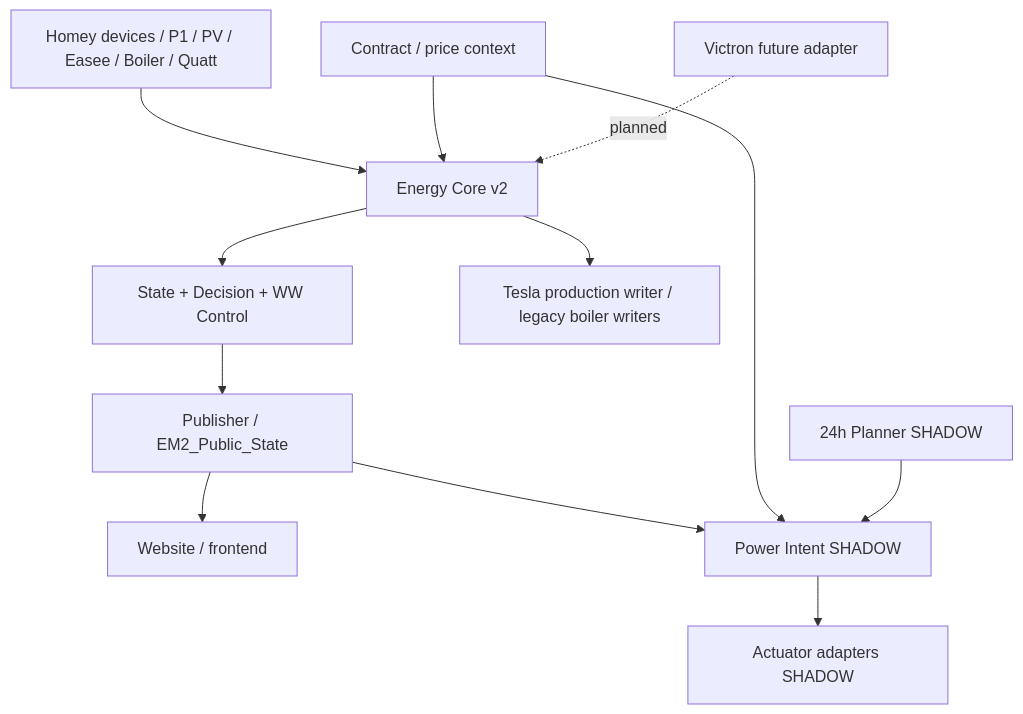
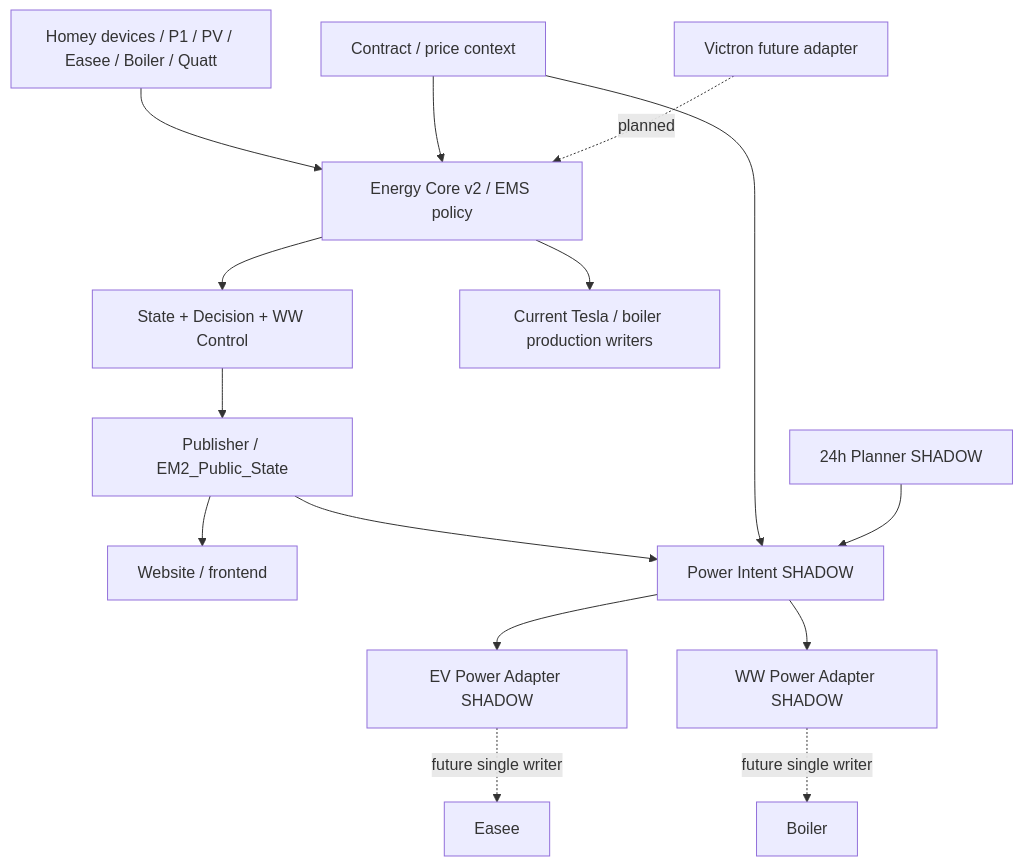
One commit to OnsKasteeltje/homey-energy-manual changed the second of 2 diagrams in docs/software-architecture/architecture/01-overview.md. Above: the diagram before and after it, drawn with Mermaid. The commit also changed other lines of this file, not shown here.

Commit message:
docs: integrate power intent adapter architecture

````diff
--- a/docs/software-architecture/architecture/01-overview.md
+++ b/docs/software-architecture/architecture/01-overview.md
@@ -22,14 +40,17 @@
 ```mermaid
 flowchart TD
-  DEV[Homey devices / P1 / PV / Easee / Boiler / Quatt] --> CORE[Energy Core v2]
+  DEV[Homey devices / P1 / PV / Easee / Boiler / Quatt] --> CORE[Energy Core v2 / EMS policy]
   CORE --> STATE[State + Decision + WW Control]
   STATE --> PUB[Publisher / EM2_Public_State]
   PUB --> WEB[Website / frontend]
   PUB --> PI[Power Intent SHADOW]
-  PI --> ADP[Actuator adapters SHADOW]
-  CORE --> PROD[Tesla production writer / legacy boiler writers]
+  PI --> EVA[EV Power Adapter SHADOW]
+  PI --> WWA[WW Power Adapter SHADOW]
+  EVA -. future single writer .-> EASEE[Easee]
+  WWA -. future single writer .-> BOILER[Boiler]
+  CORE --> PROD[Current Tesla / boiler production writers]
   PRICE[Contract / price context] --> CORE
   PRICE --> PI
   PLAN[24h Planner SHADOW] --> PI
   VICTRON[Victron future adapter] -. planned .-> CORE
 ```
````
